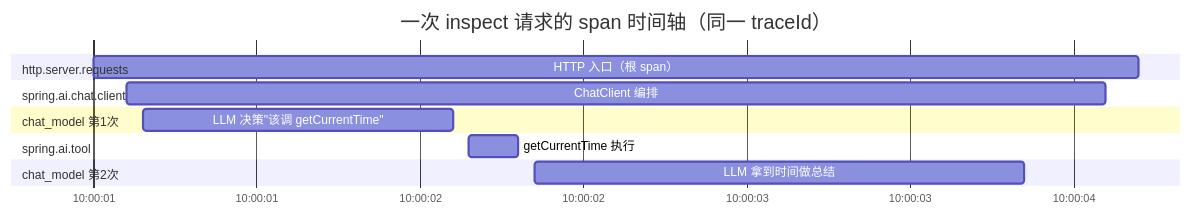
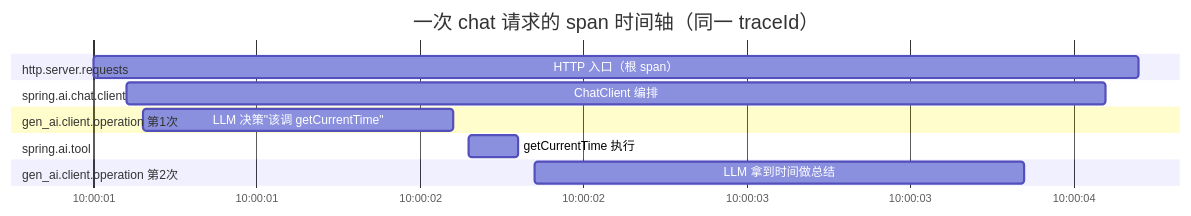
Before and after one commit to UranusGit/java-agent-learn: the first of 4 diagrams in docs/教程/05-Observation可观测/01-读懂输出：span树与观测生命周期.md, drawn with Mermaid. The commit also changed other lines of this file and 12 other files, not shown here.

````diff
--- a/docs/教程/05-Observation可观测/01-读懂输出：span树与观测生命周期.md
+++ b/docs/教程/05-Observation可观测/01-读懂输出：span树与观测生命周期.md
@@ -30,16 +30,16 @@
 ```mermaid
 gantt
-    title 一次 inspect 请求的 span 时间轴（同一 traceId）
+    title 一次 chat 请求的 span 时间轴（同一 traceId）
     dateFormat HH:mm:ss.SSS
     axisFormat %H:%M:%S
     section http.server.requests
     HTTP 入口（根 span）           :a1, 10:00:01.000, 10:00:04.200
     section spring.ai.chat.client
     ChatClient 编排               :a2, 10:00:01.100, 10:00:04.100
-    section chat_model 第1次
+    section gen_ai.client.operation 第1次
     LLM 决策"该调 getCurrentTime"  :a3, 10:00:01.150, 10:00:02.100
     section spring.ai.tool
     getCurrentTime 执行           :a4, 10:00:02.150, 10:00:02.300
-    section chat_model 第2次
+    section gen_ai.client.operation 第2次
     LLM 拿到时间做总结            :a5, 10:00:02.350, 10:00:03.850
 ```
````
